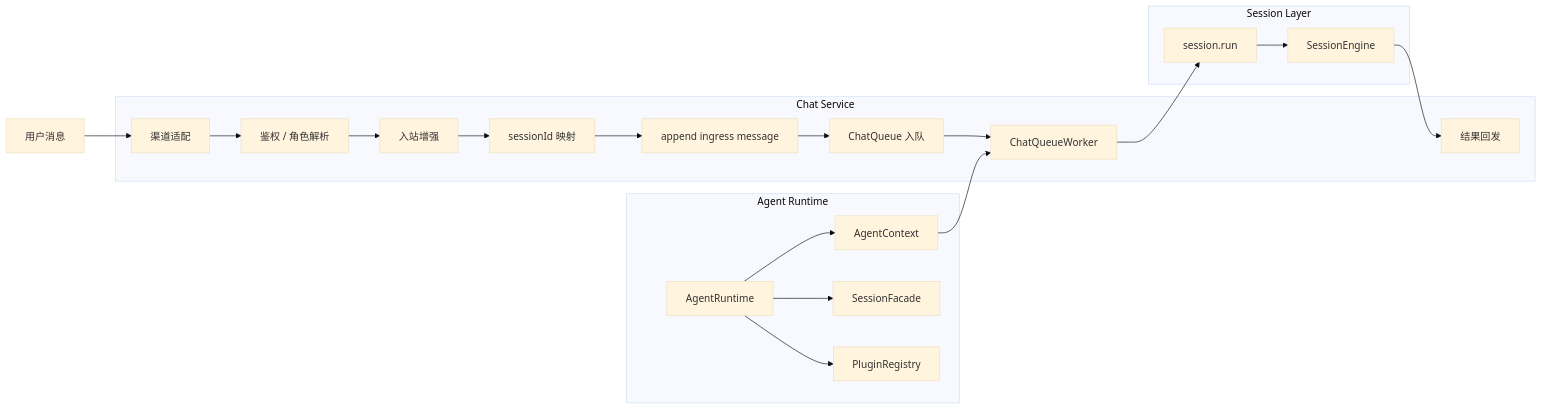
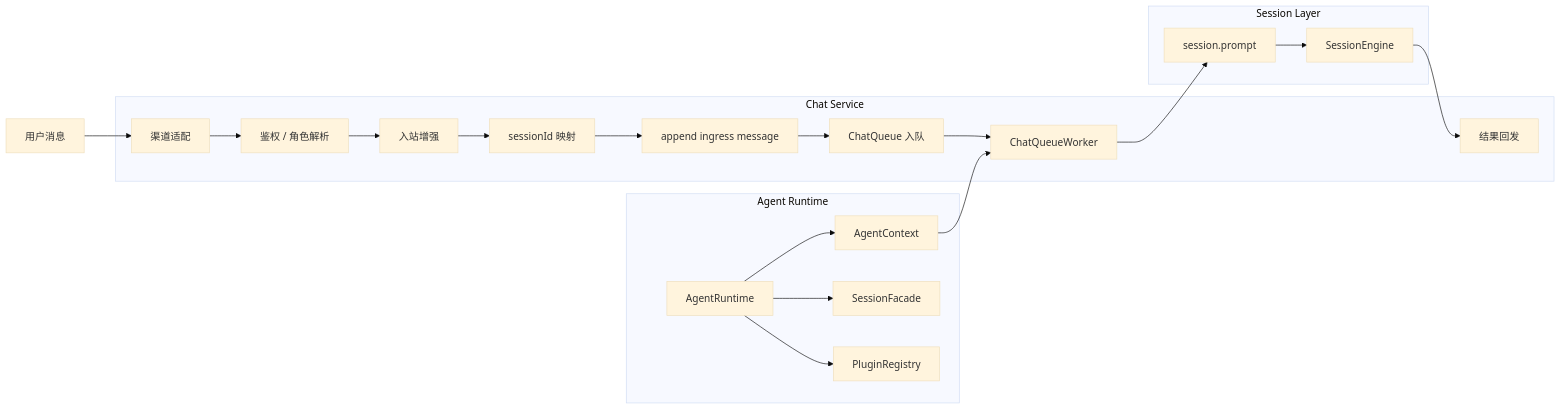
The diagram in homepage/content/devdocs/zh/services/chat-design.mdx (wangenius/downcity), drawn with Mermaid (base theme) before and after one commit. The commit also changed other lines of this file and 100 other files, not shown here.

Commit message:
feat(agent): add session prompt actor api

````diff
--- a/homepage/content/devdocs/zh/services/chat-design.mdx
+++ b/homepage/content/devdocs/zh/services/chat-design.mdx
@@ -57,41 +57,41 @@
 ```mermaid
 flowchart LR
   subgraph AGENT["Agent Runtime"]
     A1["AgentRuntime"]
     A2["AgentContext"]
     A3["SessionFacade"]
     A4["PluginRegistry"]
   end
 
   subgraph CHAT["Chat Service"]
     C1["渠道适配"]
     C2["鉴权 / 角色解析"]
     C3["入站增强"]
     C4["sessionId 映射"]
     C5["append ingress message"]
     C6["ChatQueue 入队"]
     C7["ChatQueueWorker"]
     C8["结果回发"]
   end
 
   subgraph SESSION["Session Layer"]
-    S1["session.run"]
+    S1["session.prompt"]
     S2["SessionEngine"]
   end
 
   U["用户消息"] --> C1
   C1 --> C2
   C2 --> C3
   C3 --> C4
   C4 --> C5
   C5 --> C6
   C6 --> C7
   C7 --> S1
   S1 --> S2
   S2 --> C8
 
   A1 --> A2
   A1 --> A3
   A1 --> A4
   A2 --> C7
 ```
````
